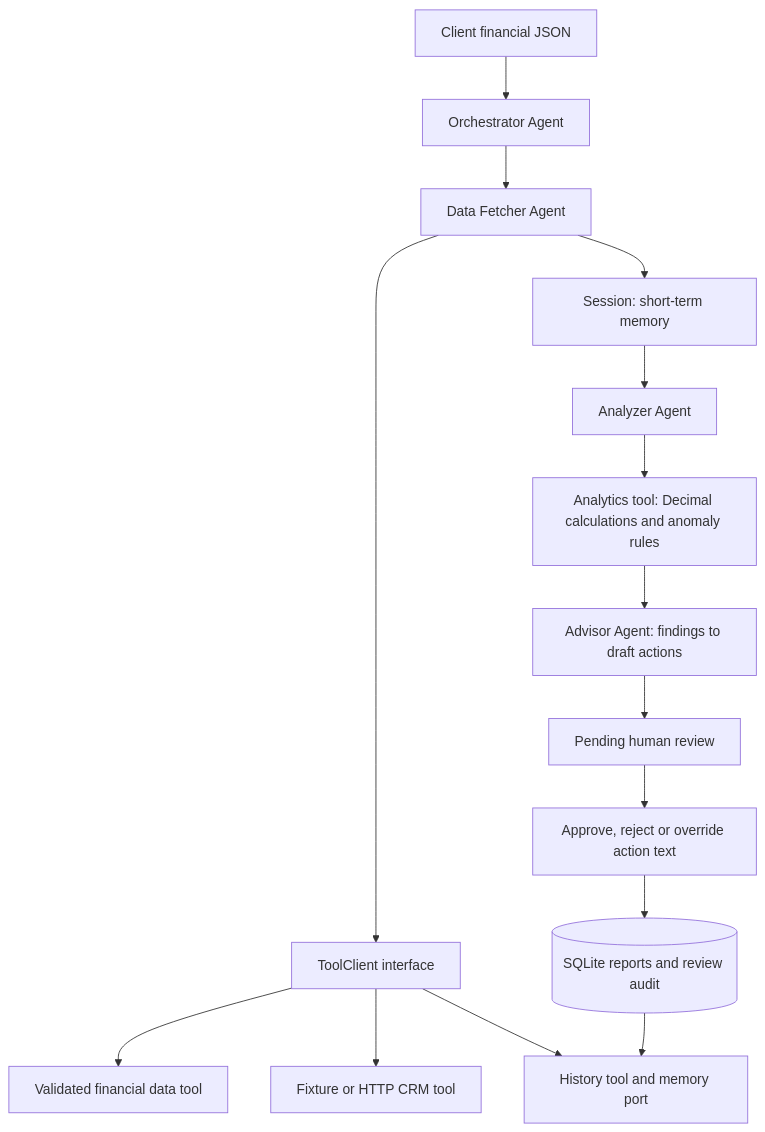
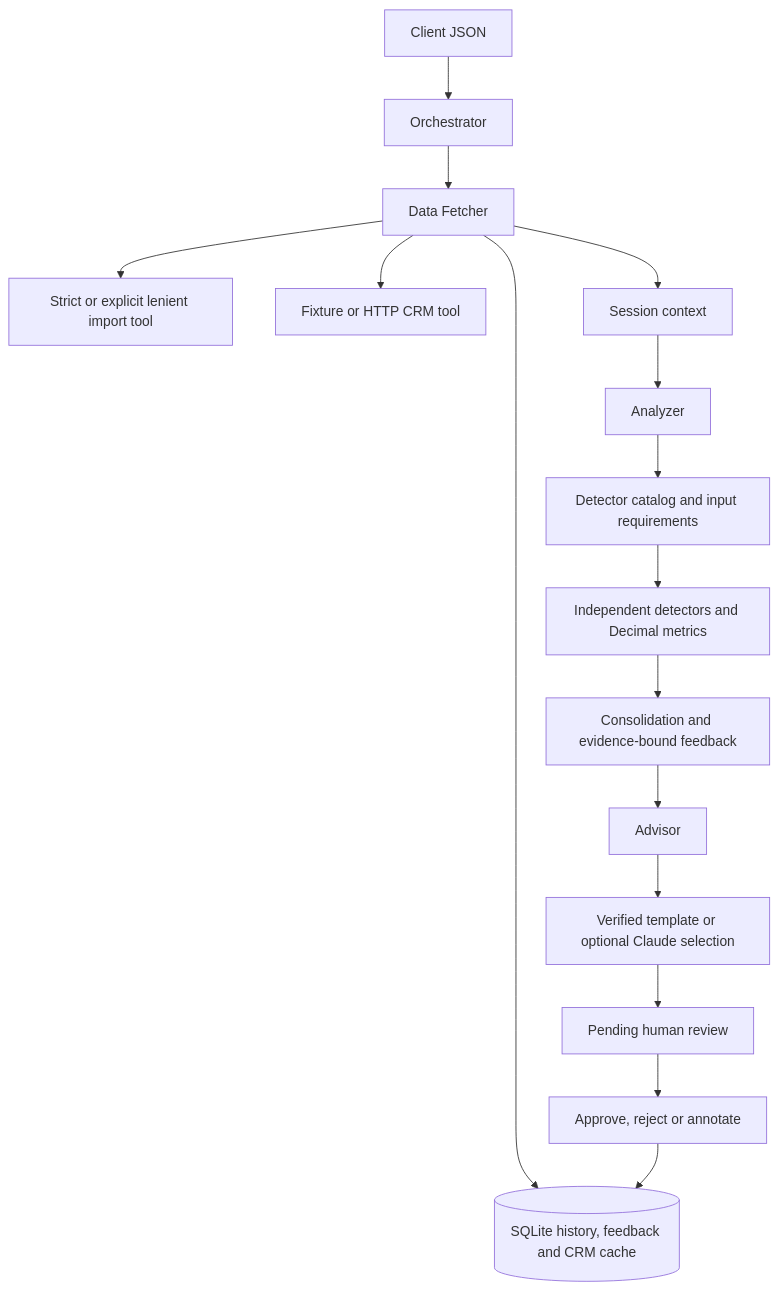
Before and after one commit to luthfiny/wealth-advisor-assistant: the diagram in README.md, drawn with Mermaid. The commit also changed other lines of this file and 44 other files, not shown here.

Commit message:
Extend wealth advisor agents and add validated local MCP plugin

````diff
--- a/README.md
+++ b/README.md
@@ -82,17 +46,18 @@
 ```mermaid
 flowchart TD
-    Input[Client financial JSON] --> O[Orchestrator Agent]
-    O --> F[Data Fetcher Agent]
-    F --> T[ToolClient interface]
-    T --> File[Validated financial data tool]
-    T --> CRM[Fixture or HTTP CRM tool]
-    T --> History[History tool and memory port]
-    F --> Session[Session: short-term memory]
-    Session --> A[Analyzer Agent]
-    A --> Analytics[Analytics tool: Decimal calculations and anomaly rules]
-    Analytics --> D[Advisor Agent: findings to draft actions]
-    D --> Gate[Pending human review]
-    Gate --> Decision[Approve, reject or override action text]
-    Decision --> DB[(SQLite reports and review audit)]
-    DB --> History
+    Input[Client JSON] --> O[Orchestrator]
+    O --> F[Data Fetcher]
+    F --> Import[Strict or explicit lenient import tool]
+    F --> CRM[Fixture or HTTP CRM tool]
+    F --> Memory[(SQLite history, feedback and CRM cache)]
+    F --> S[Session context]
+    S --> A[Analyzer]
+    A --> Catalog[Detector catalog and input requirements]
+    Catalog --> Checks[Independent detectors and Decimal metrics]
+    Checks --> Feedback[Consolidation and evidence-bound feedback]
+    Feedback --> D[Advisor]
+    D --> Brief[Verified template or optional Claude selection]
+    Brief --> Gate[Pending human review]
+    Gate --> Review[Approve, reject or annotate]
+    Review --> Memory
 ```
````
